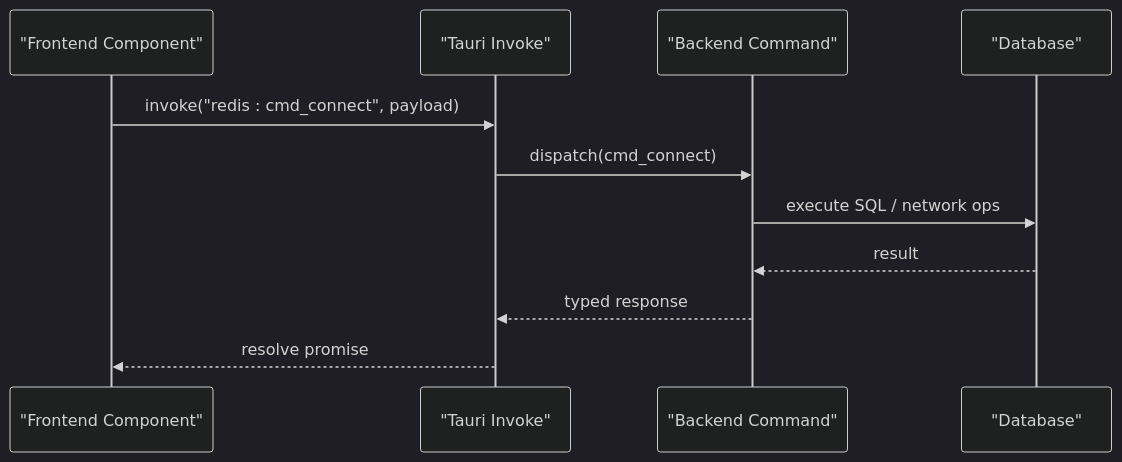
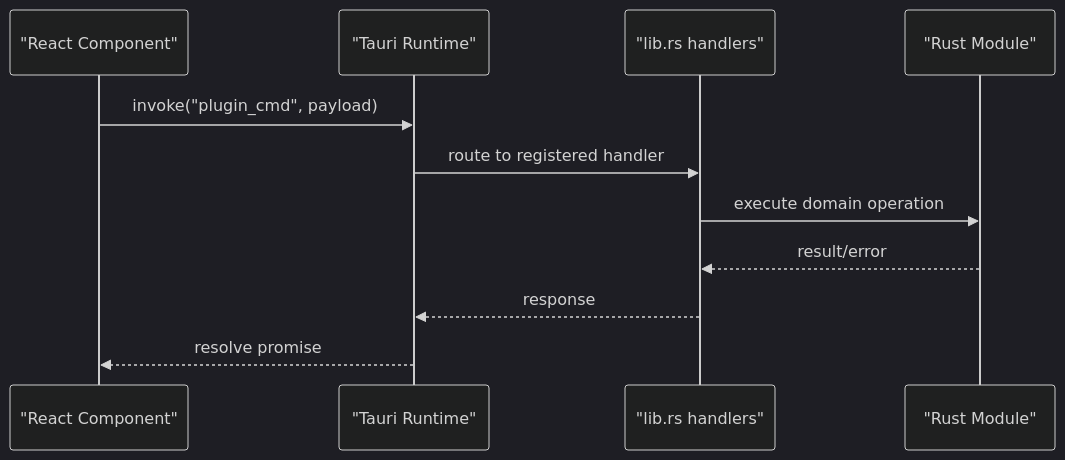
One commit to DumKing/DevNexus changed the fifth of 8 diagrams in .qoder/repowiki/en/content/Architecture Overview/Architecture Overview.md. Above: the diagram before and after it, drawn with Mermaid (dark theme). The commit also changed other lines of this file and 96 other files, not shown here.

````diff
--- a/.qoder/repowiki/en/content/Architecture Overview/Architecture Overview.md
+++ b/.qoder/repowiki/en/content/Architecture Overview/Architecture Overview.md
@@ -228,13 +230,13 @@
 ```mermaid
 sequenceDiagram
-participant FE as "Frontend Component"
-participant TA as "Tauri Invoke"
-participant CMD as "Backend Command"
-participant DB as "Database"
-FE->>TA : invoke("redis : cmd_connect", payload)
-TA->>CMD : dispatch(cmd_connect)
-CMD->>DB : execute SQL / network ops
-DB-->>CMD : result
-CMD-->>TA : typed response
-TA-->>FE : resolve promise
+participant FE as "React Component"
+participant TRS as "Tauri Runtime"
+participant CMD as "lib.rs handlers"
+participant MOD as "Rust Module"
+FE->>TRS : invoke("plugin_cmd", payload)
+TRS->>CMD : route to registered handler
+CMD->>MOD : execute domain operation
+MOD-->>CMD : result/error
+CMD-->>TRS : response
+TRS-->>FE : resolve promise
 ```
````
